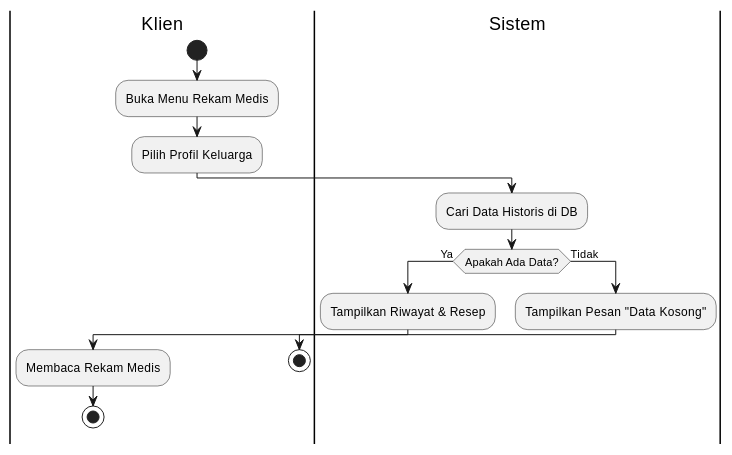
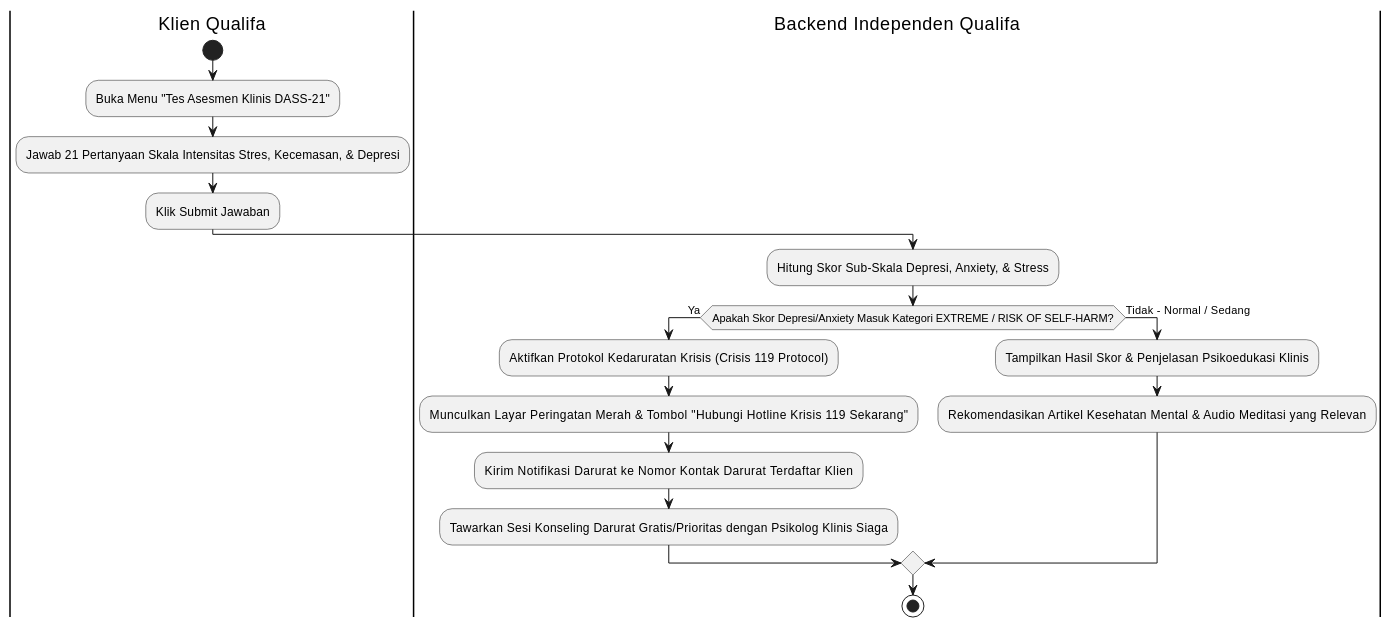
One commit to tupperwureism/SuperApp-Gagal changed diagram 17 of 20 in MarkDown/plantuml_activity_diagrams.md. Above: the diagram before and after it, drawn with PlantUML. The commit also changed other lines of this file and 60 other files, not shown here.

````diff
--- a/MarkDown/plantuml_activity_diagrams.md
+++ b/MarkDown/plantuml_activity_diagrams.md
@@ -740,21 +660,22 @@
 ```plantuml
 @startuml
-|Klien|
+|Klien Qualifa|
 start
-:Buka Menu Rekam Medis;
-:Pilih Profil Keluarga;
-|Sistem|
-:Cari Data Historis di DB;
-if (Apakah Ada Data?) is (Ya) then
-  :Tampilkan Riwayat & Resep;
-  |Klien|
-  :Membaca Rekam Medis;
-  stop
-else (Tidak)
-  |Sistem|
-  :Tampilkan Pesan "Data Kosong";
-  |Klien|
-  stop
+:Buka Menu "Tes Asesmen Klinis DASS-21";
+:Jawab 21 Pertanyaan Skala Intensitas Stres, Kecemasan, & Depresi;
+:Klik Submit Jawaban;
+
+|Backend Independen Qualifa|
+:Hitung Skor Sub-Skala Depresi, Anxiety, & Stress;
+if (Apakah Skor Depresi/Anxiety Masuk Kategori EXTREME / RISK OF SELF-HARM?) then (Ya)
+  :Aktifkan Protokol Kedaruratan Krisis (Crisis 119 Protocol);
+  :Munculkan Layar Peringatan Merah & Tombol "Hubungi Hotline Krisis 119 Sekarang";
+  :Kirim Notifikasi Darurat ke Nomor Kontak Darurat Terdaftar Klien;
+  :Tawarkan Sesi Konseling Darurat Gratis/Prioritas dengan Psikolog Klinis Siaga;
+else (Tidak - Normal / Sedang)
+  :Tampilkan Hasil Skor & Penjelasan Psikoedukasi Klinis;
+  :Rekomendasikan Artikel Kesehatan Mental & Audio Meditasi yang Relevan;
 endif
+stop
 @enduml
 ```
````
